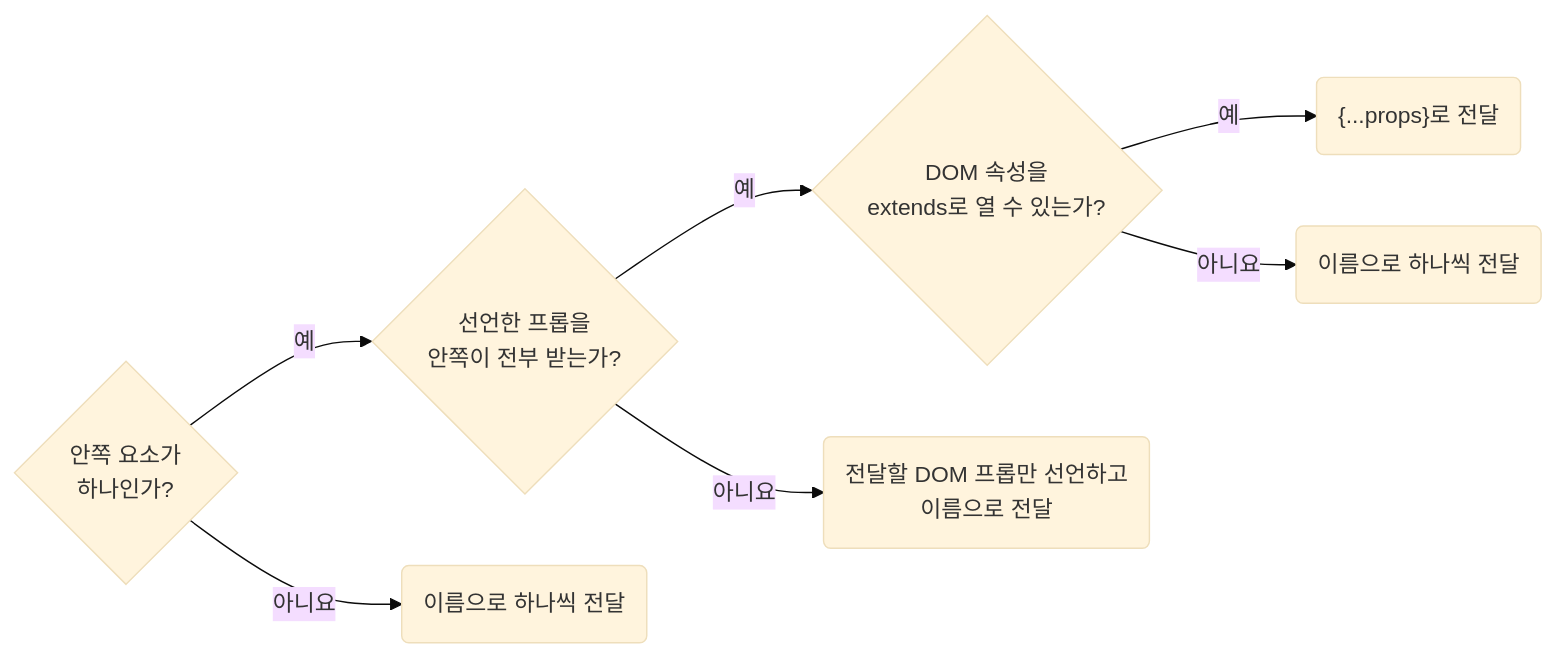
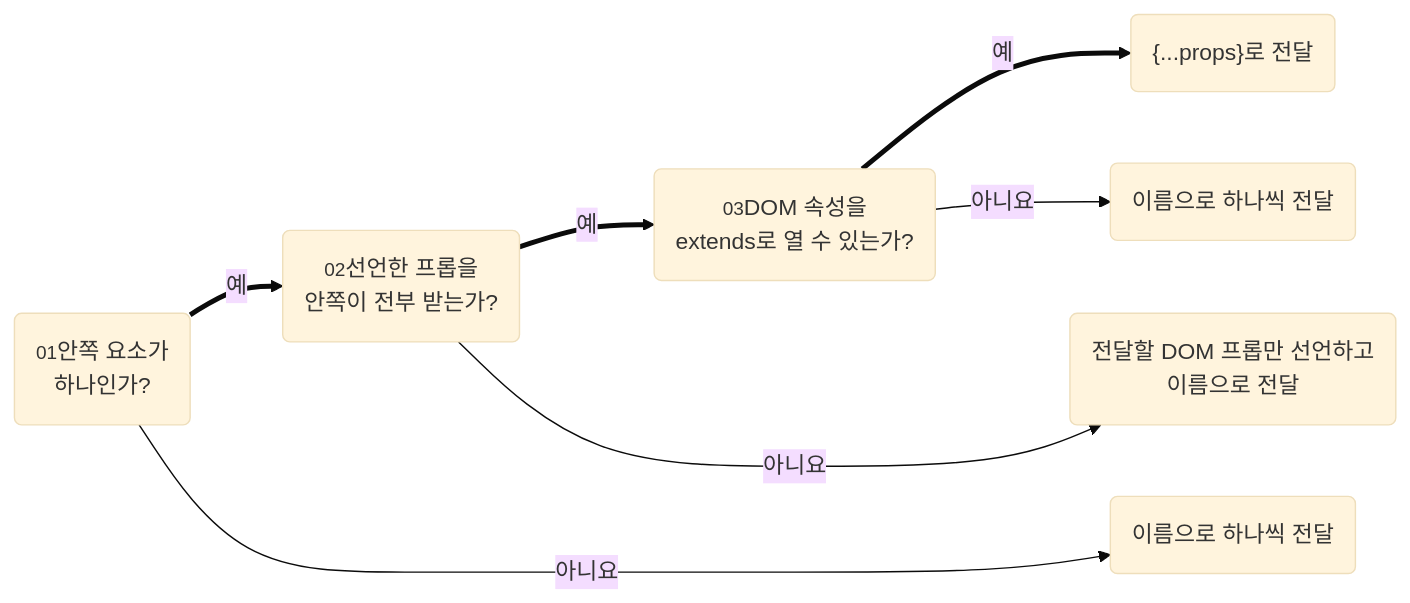
Before and after one commit to minu-ha/agent-conventions: the second of 2 diagrams in skill/react/HANDBOOK.md, drawn with Mermaid (base theme). The commit also changed 6 other files, not shown here.

````diff
--- a/skill/react/HANDBOOK.md
+++ b/skill/react/HANDBOOK.md
@@ -1505,7 +1505,10 @@
 ```mermaid
 flowchart LR
-	one{"안쪽 요소가<br>하나인가?"} -- 예 --> own{"선언한 프롭을<br>안쪽이 전부 받는가?"} -- 예 --> ext{"DOM 속성을<br>extends로 열 수 있는가?"} -- 예 --> spread("{...props}로 전달")
-	one -- 아니요 --> named1("이름으로 하나씩 전달")
-	own -- 아니요 --> dom("전달할 DOM 프롭만 선언하고<br>이름으로 전달")
-	ext -- 아니요 --> named2("이름으로 하나씩 전달")
+	q1("<small>01</small>안쪽 요소가<br>하나인가?"):::step == 예 ==> q2("<small>02</small>선언한 프롭을<br>안쪽이 전부 받는가?"):::step == 예 ==> q3("<small>03</small>DOM 속성을<br>extends로 열 수 있는가?"):::step == 예 ==> r3("{...props}로 전달")
+	q3 -- 아니요 --> r4("이름으로 하나씩 전달")
+	q2 -- 아니요 --> r2("전달할 DOM 프롭만 선언하고<br>이름으로 전달")
+	q1 -- 아니요 --> r1("이름으로 하나씩 전달")
+	%% 결과 상자를 한 열에 맞추는 보이지 않는 선
+	q3 ~~~ r2
+	q3 ~~~ r1
 ```
````
